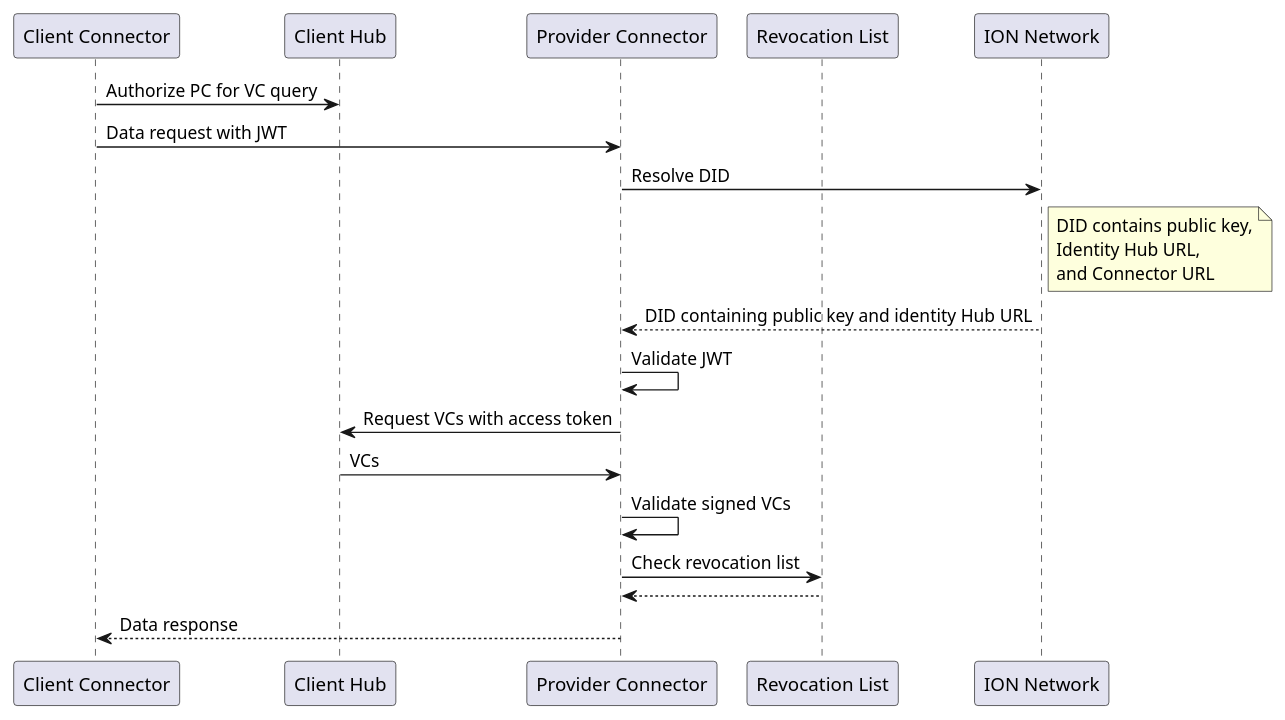
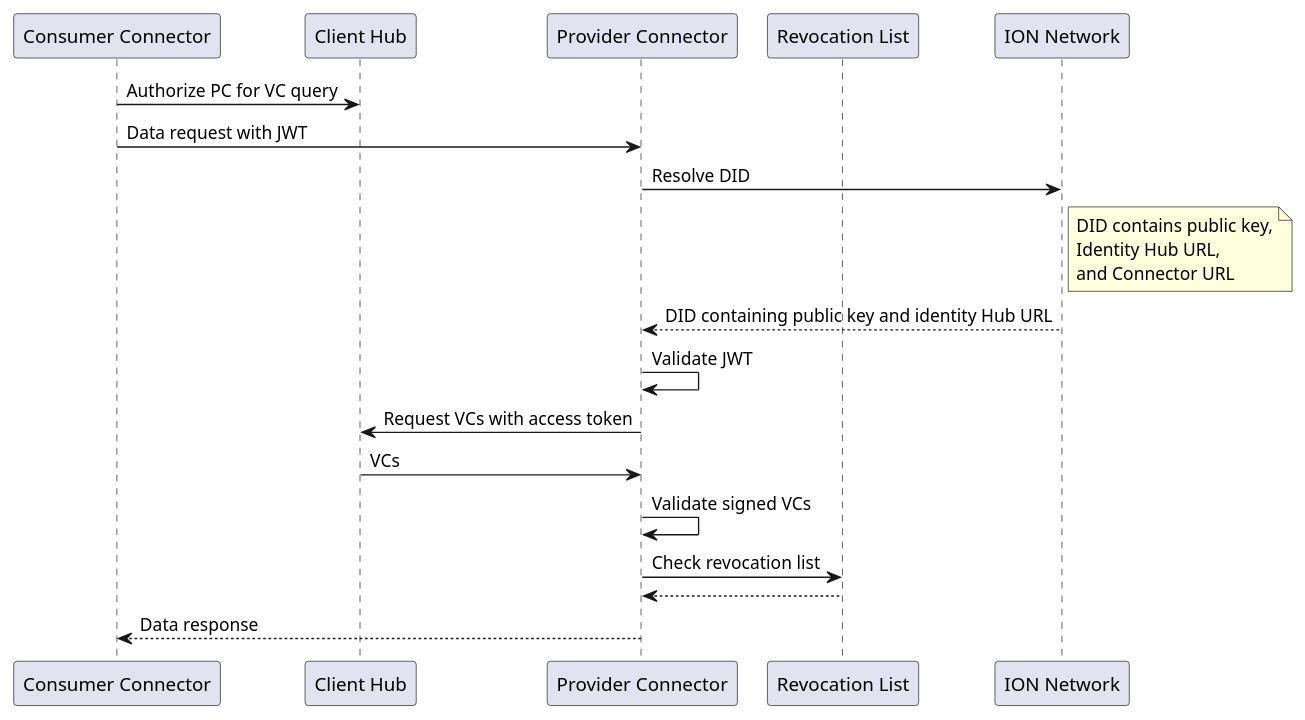
Before and after one commit to eclipse-edc/Connector: the diagram in docs/diagrams/distributed-identity/data.request.puml, drawn with PlantUML. The commit also changed 2 other files, not shown here.

Commit message:
refactor: replace client connector by consumer connector

```diff
--- a/docs/diagrams/distributed-identity/data.request.puml
+++ b/docs/diagrams/distributed-identity/data.request.puml
@@ -1,26 +1,26 @@
 @startuml
 
-participant "Client Connector" as cc
+participant "Consumer Connector" as cc
 participant "Client Hub" as ch
 participant "Provider Connector" as pc
 participant "Revocation List" as rl
 participant "ION Network" as ion
 
 cc->ch : Authorize PC for VC query
 cc->pc : Data request with JWT
 pc->ion : Resolve DID
 note right of ion
  DID contains public key,
  Identity Hub URL,
  and Connector URL
 end note
 ion-->pc:  DID containing public key and identity Hub URL
 pc->pc: Validate JWT
 pc->ch: Request VCs with access token
 ch->pc: VCs
 pc->pc: Validate signed VCs
 pc->rl: Check revocation list
 rl-->pc
 pc-->cc: Data response
 
 @enduml
```
